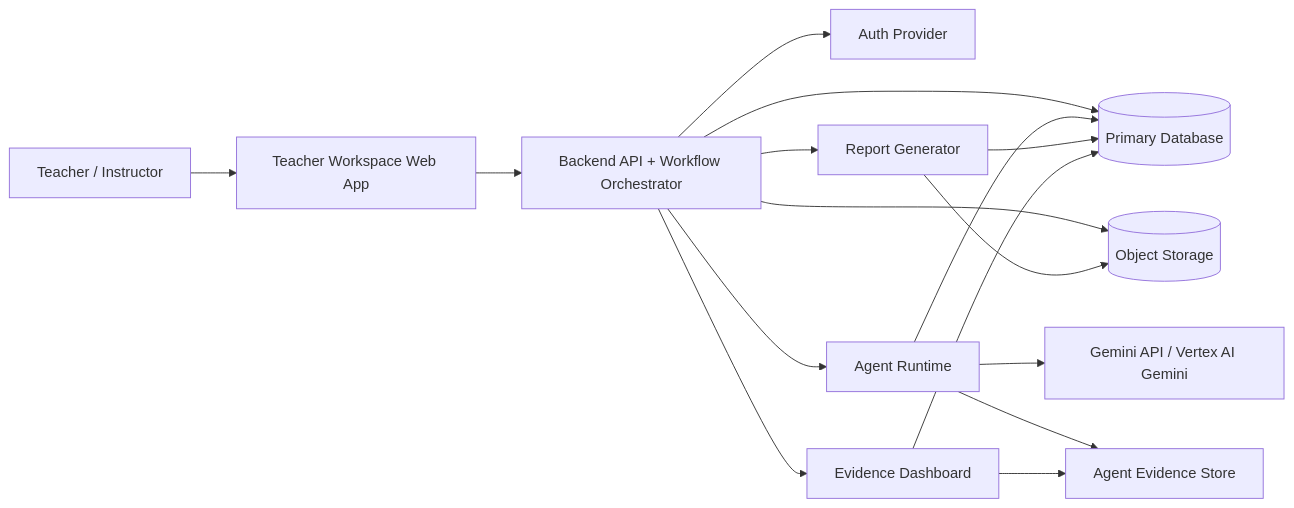
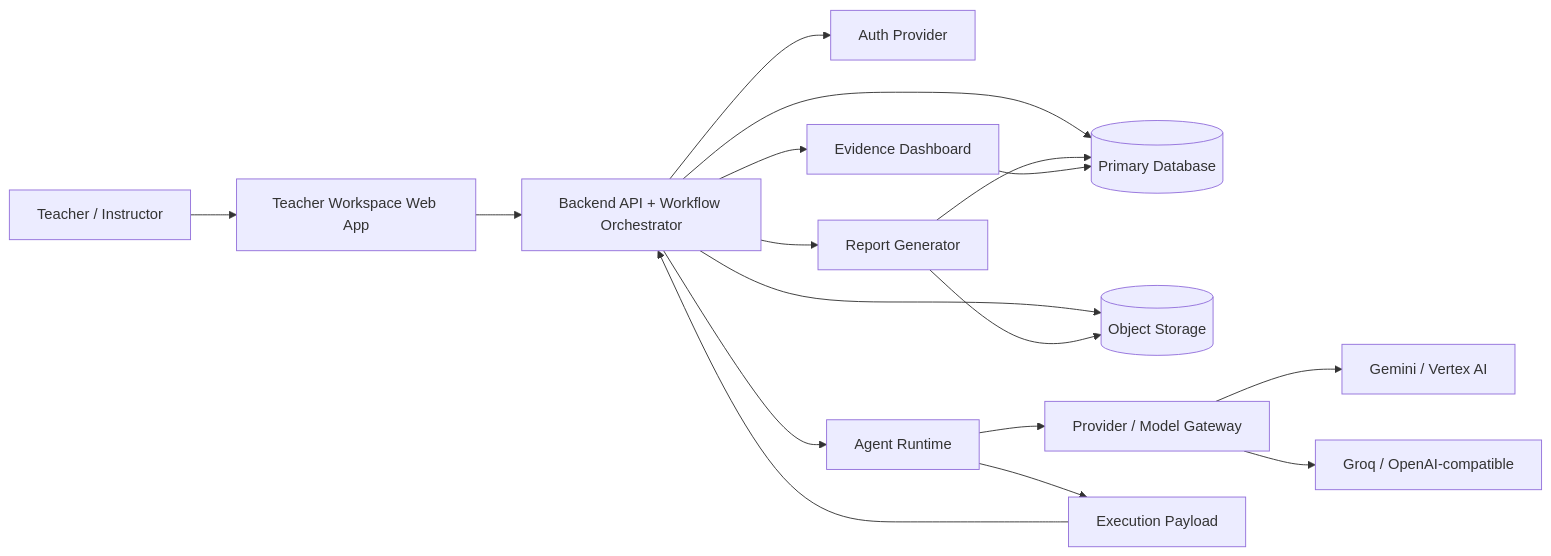
The first of 5 diagrams in docs/04-architecture/system-architecture.md (cmartinezs/grade-ops-ai), drawn with Mermaid before and after one commit. The commit also changed other lines of this file and 91 other files, not shown here.

````diff
--- a/docs/04-architecture/system-architecture.md
+++ b/docs/04-architecture/system-architecture.md
@@ -33,22 +36,23 @@
 ```mermaid
 flowchart LR
     Teacher[Teacher / Instructor] --> Web[Teacher Workspace Web App]
     Web --> API[Backend API + Workflow Orchestrator]
 
     API --> Auth[Auth Provider]
     API --> DB[(Primary Database)]
     API --> Storage[(Object Storage)]
     API --> AgentRuntime[Agent Runtime]
 
-    AgentRuntime --> Gemini[Gemini API / Vertex AI Gemini]
-    AgentRuntime --> DB
-    AgentRuntime --> Evidence[Agent Evidence Store]
+    AgentRuntime --> Provider[Provider / Model Gateway]
+    Provider --> Gemini[Gemini / Vertex AI]
+    Provider --> Groq[Groq / OpenAI-compatible]
+    AgentRuntime --> EvidencePayload[Execution Payload]
+    EvidencePayload --> API
 
     API --> Reports[Report Generator]
     Reports --> Storage
     Reports --> DB
 
     API --> Dashboard[Evidence Dashboard]
     Dashboard --> DB
-    Dashboard --> Evidence
 ```
````
